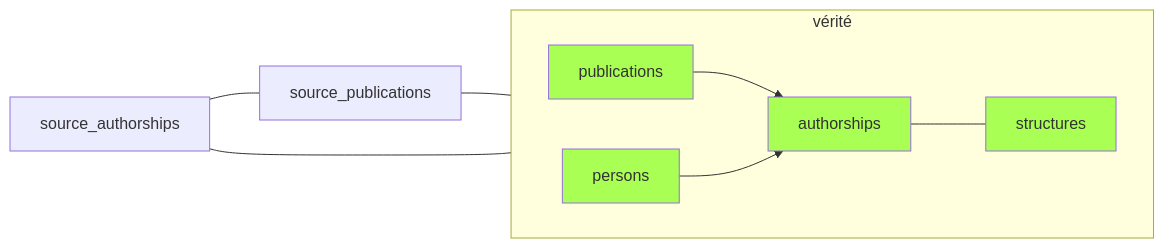
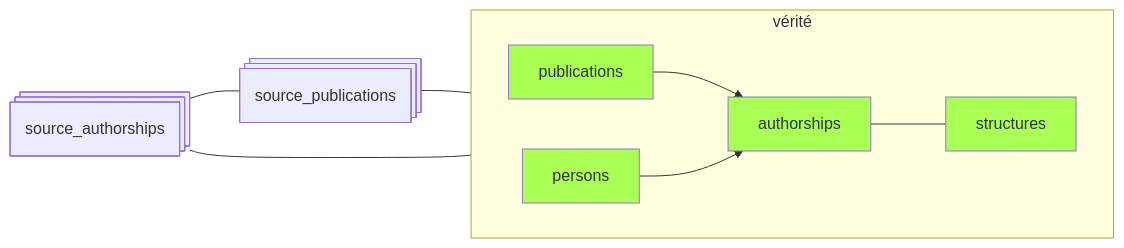
One commit to Y33sha/bibliometrie-uca changed the fourth of 4 diagrams in docs/pipeline/09-resume.md. Above: the diagram before and after it, drawn with Mermaid. The commit also changed other lines of this file and 12 other files, not shown here.

Commit message:
doc + schema

````diff
--- a/docs/pipeline/09-resume.md
+++ b/docs/pipeline/09-resume.md
@@ -55,15 +55,15 @@
 ```mermaid
 flowchart LR
-    source_publications---A
-    source_authorships---source_publications
-    source_authorships---C
+     D@{ shape: procs, label: "source_publications"}---A
+    E@{ shape: procs, label: "source_authorships"}---D
+    E---C
 
     subgraph vérité
     direction LR
     A[publications]-->B[authorships]
     C[persons]-->B
     B---F[structures]
     end
     classDef valid  fill:#af5
     class F,A,C,B valid;
 ```
````
